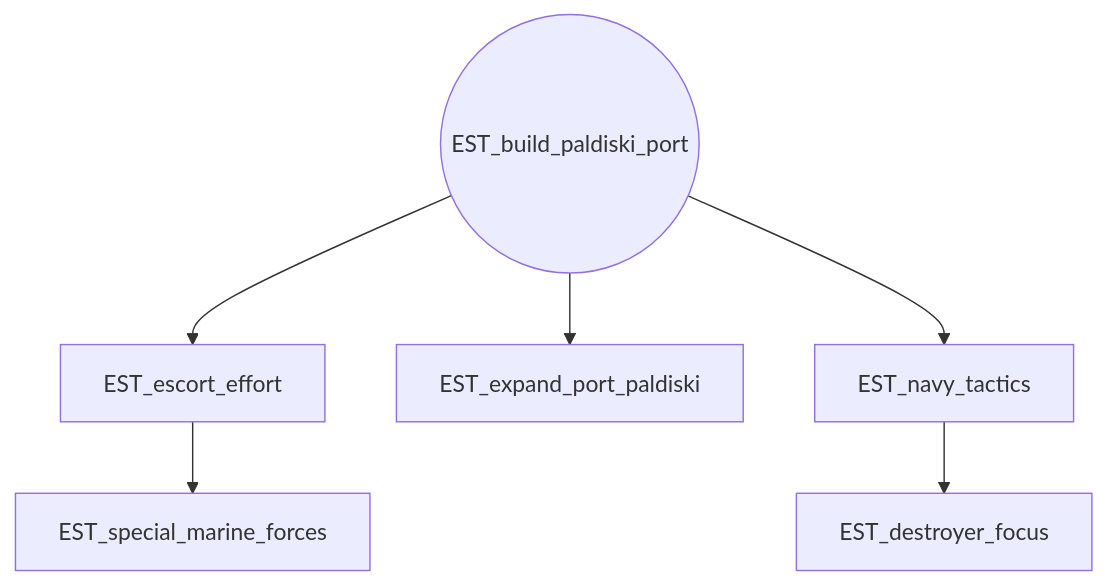
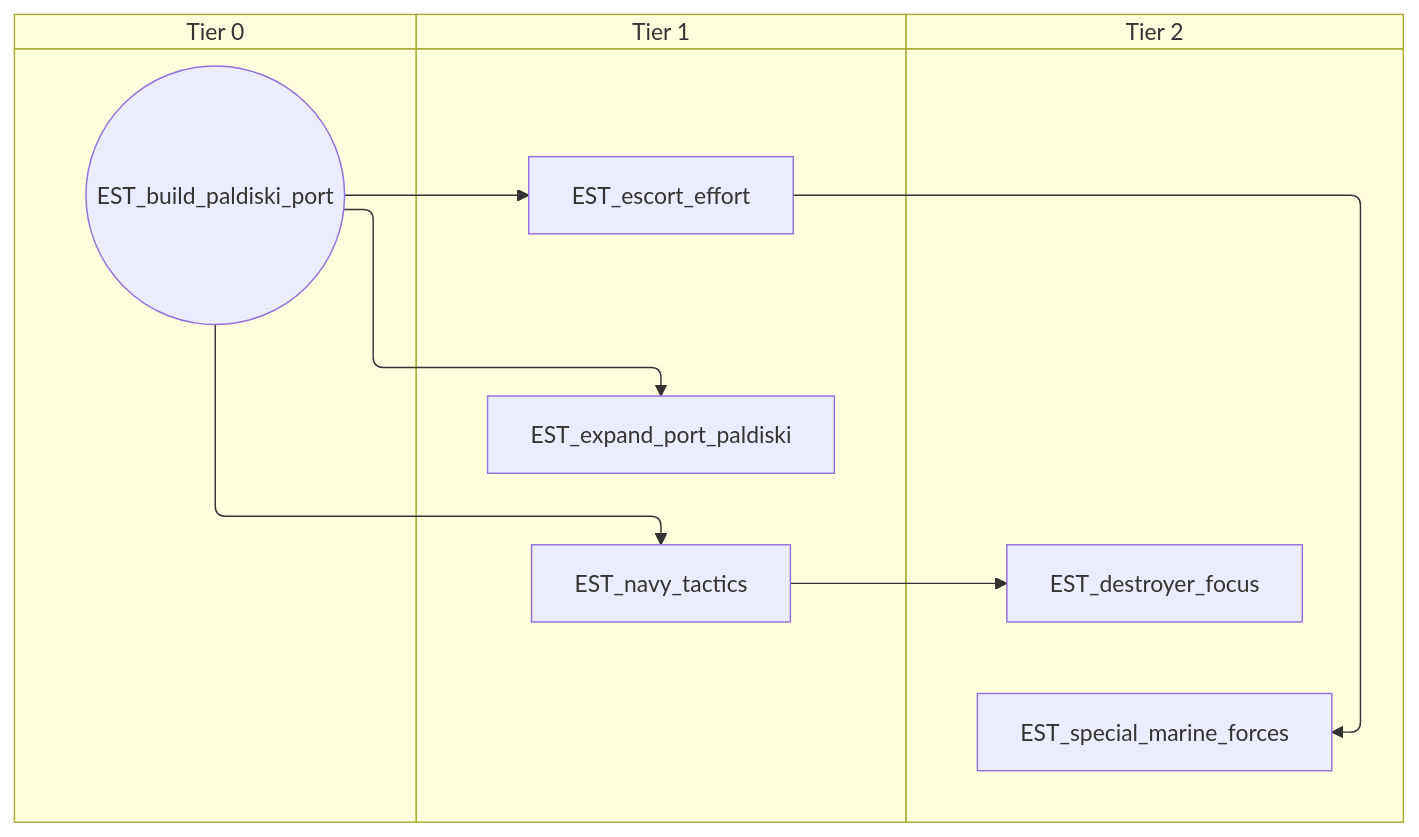
One commit to evgeny-sobol/hoi4-sandbox-mode-r56 changed the second of 4 diagrams in docs/gdd/National Focuses/r56/r56_estonia_shared.md. Above: the diagram before and after it, drawn with Mermaid. The commit also changed other lines of this file and 423 other files, not shown here.

First line of the commit message:
Re-export Rt56 focus trees as swimlane diagrams

````diff
--- a/docs/gdd/National Focuses/r56/r56_estonia_shared.md
+++ b/docs/gdd/National Focuses/r56/r56_estonia_shared.md
@@ -29,14 +39,20 @@
 ```mermaid
-flowchart TD
-    n9(("EST_build_paldiski_port"))
-    n10["EST_destroyer_focus"]
-    n11["EST_escort_effort"]
-    n12["EST_expand_port_paldiski"]
-    n13["EST_navy_tactics"]
-    n14["EST_special_marine_forces"]
-    n13 --> n10
+swimlane-beta TD
+    subgraph tier_0["Tier 0"]
+        n9(("EST_build_paldiski_port"))
+    end
+    subgraph tier_1["Tier 1"]
+        n10["EST_escort_effort"]
+        n11["EST_expand_port_paldiski"]
+        n12["EST_navy_tactics"]
+    end
+    subgraph tier_2["Tier 2"]
+        n13["EST_destroyer_focus"]
+        n14["EST_special_marine_forces"]
+    end
+    n12 --> n13
+    n9 --> n10
     n9 --> n11
     n9 --> n12
-    n9 --> n13
-    n11 --> n14
+    n10 --> n14
 ```
````
